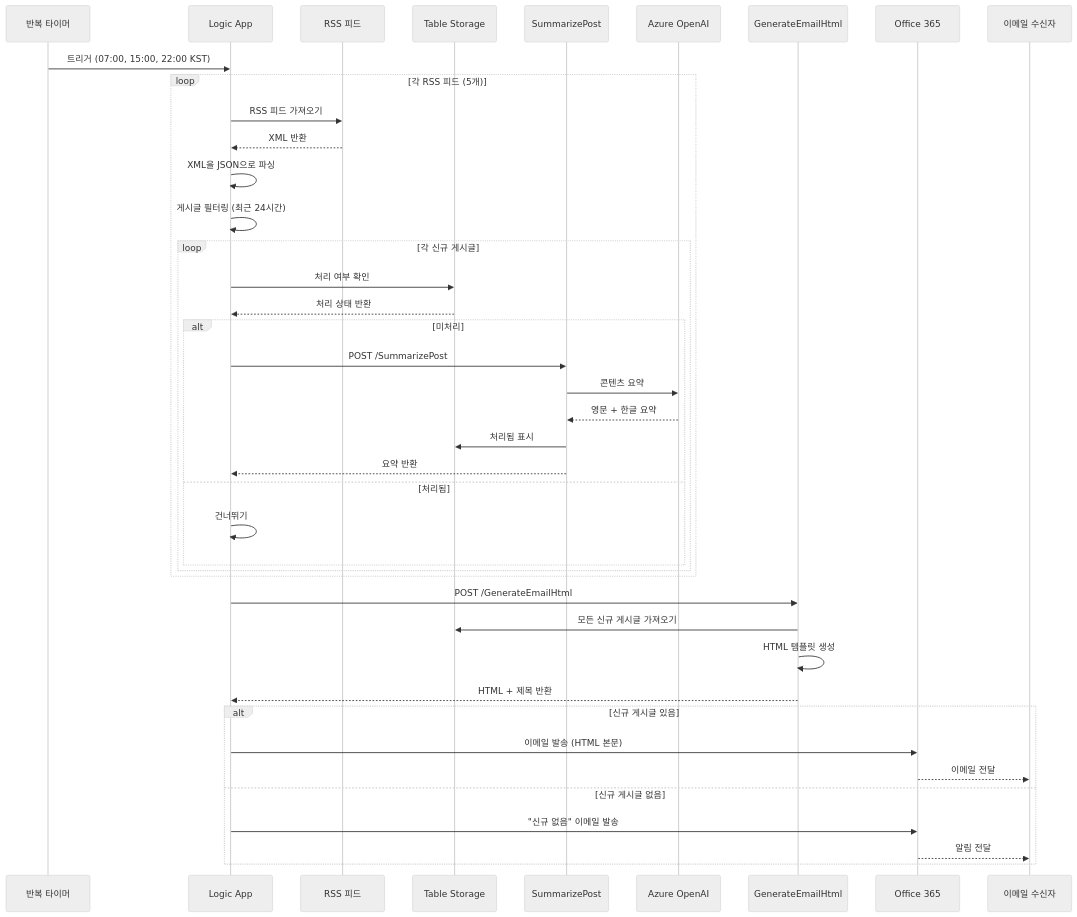
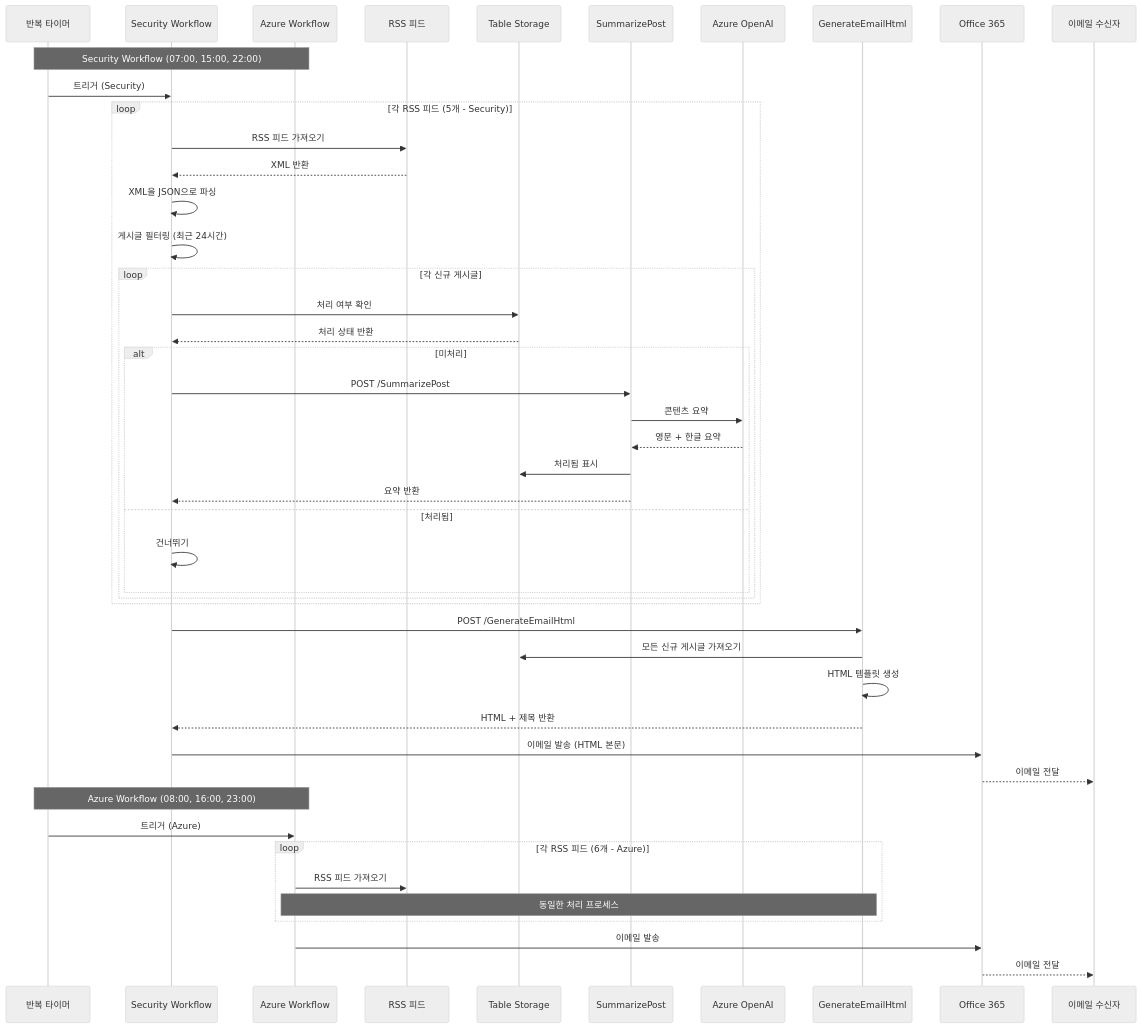
The third of 4 diagrams in docs/아키텍처.md (zer0big/azure-security-blog-automation), drawn with Mermaid (neutral theme) before and after one commit. The commit also changed other lines of this file and 3 other files, not shown here.

First line of the commit message:
문서 현행화: 듀얼 Logic App 워크플로우 아키텍처 반영

````diff
--- a/docs/아키텍처.md
+++ b/docs/아키텍처.md
@@ -123,49 +150,56 @@
 ```mermaid
 sequenceDiagram
     participant Timer as 반복 타이머
-    participant LA as Logic App
+    participant LA1 as Security Workflow
+    participant LA2 as Azure Workflow
     participant RSS as RSS 피드
     participant TS as Table Storage
     participant F1 as SummarizePost
     participant AOAI as Azure OpenAI
     participant F2 as GenerateEmailHtml
     participant O365 as Office 365
     participant User as 이메일 수신자
     
-    Timer->>LA: 트리거 (07:00, 15:00, 22:00 KST)
+    Note over Timer,LA2: Security Workflow (07:00, 15:00, 22:00)
+    Timer->>LA1: 트리거 (Security)
     
-    loop 각 RSS 피드 (5개)
-        LA->>RSS: RSS 피드 가져오기
-        RSS-->>LA: XML 반환
-        LA->>LA: XML을 JSON으로 파싱
-        LA->>LA: 게시글 필터링 (최근 24시간)
+    loop 각 RSS 피드 (5개 - Security)
+        LA1->>RSS: RSS 피드 가져오기
+        RSS-->>LA1: XML 반환
+        LA1->>LA1: XML을 JSON으로 파싱
+        LA1->>LA1: 게시글 필터링 (최근 24시간)
         
         loop 각 신규 게시글
-            LA->>TS: 처리 여부 확인
-            TS-->>LA: 처리 상태 반환
+            LA1->>TS: 처리 여부 확인
+            TS-->>LA1: 처리 상태 반환
             
             alt 미처리
-                LA->>F1: POST /SummarizePost
+                LA1->>F1: POST /SummarizePost
                 F1->>AOAI: 콘텐츠 요약
                 AOAI-->>F1: 영문 + 한글 요약
                 F1->>TS: 처리됨 표시
-                F1-->>LA: 요약 반환
+                F1-->>LA1: 요약 반환
             else 처리됨
-                LA->>LA: 건너뛰기
+                LA1->>LA1: 건너뛰기
             end
         end
     end
     
-    LA->>F2: POST /GenerateEmailHtml
+    LA1->>F2: POST /GenerateEmailHtml
     F2->>TS: 모든 신규 게시글 가져오기
     F2->>F2: HTML 템플릿 생성
-    F2-->>LA: HTML + 제목 반환
+    F2-->>LA1: HTML + 제목 반환
+    LA1->>O365: 이메일 발송 (HTML 본문)
+    O365-->>User: 이메일 전달
     
-    alt 신규 게시글 있음
-        LA->>O365: 이메일 발송 (HTML 본문)
-        O365-->>User: 이메일 전달
-    else 신규 게시글 없음
-        LA->>O365: "신규 없음" 이메일 발송
-        O365-->>User: 알림 전달
+    Note over Timer,LA2: Azure Workflow (08:00, 16:00, 23:00)
+    Timer->>LA2: 트리거 (Azure)
+    
+    loop 각 RSS 피드 (6개 - Azure)
+        LA2->>RSS: RSS 피드 가져오기
+        Note over LA2,F2: 동일한 처리 프로세스
     end
+    
+    LA2->>O365: 이메일 발송
+    O365-->>User: 이메일 전달
 ```
````
